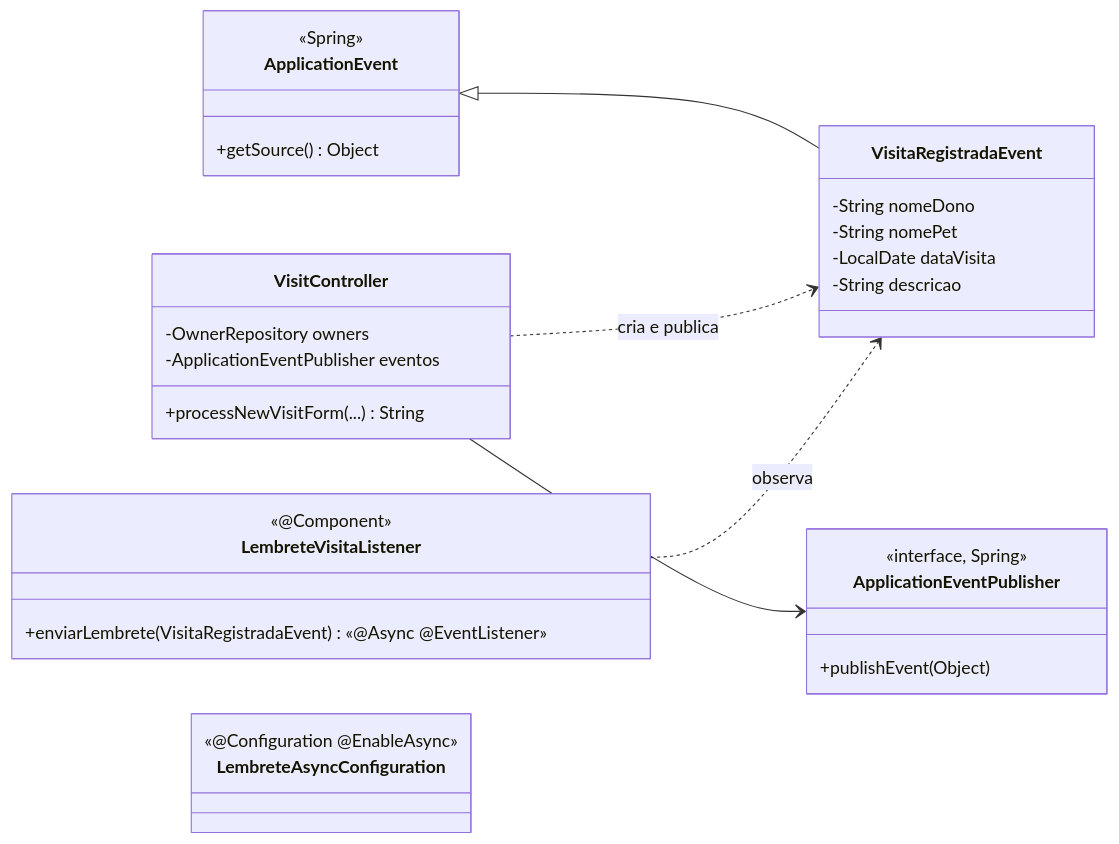
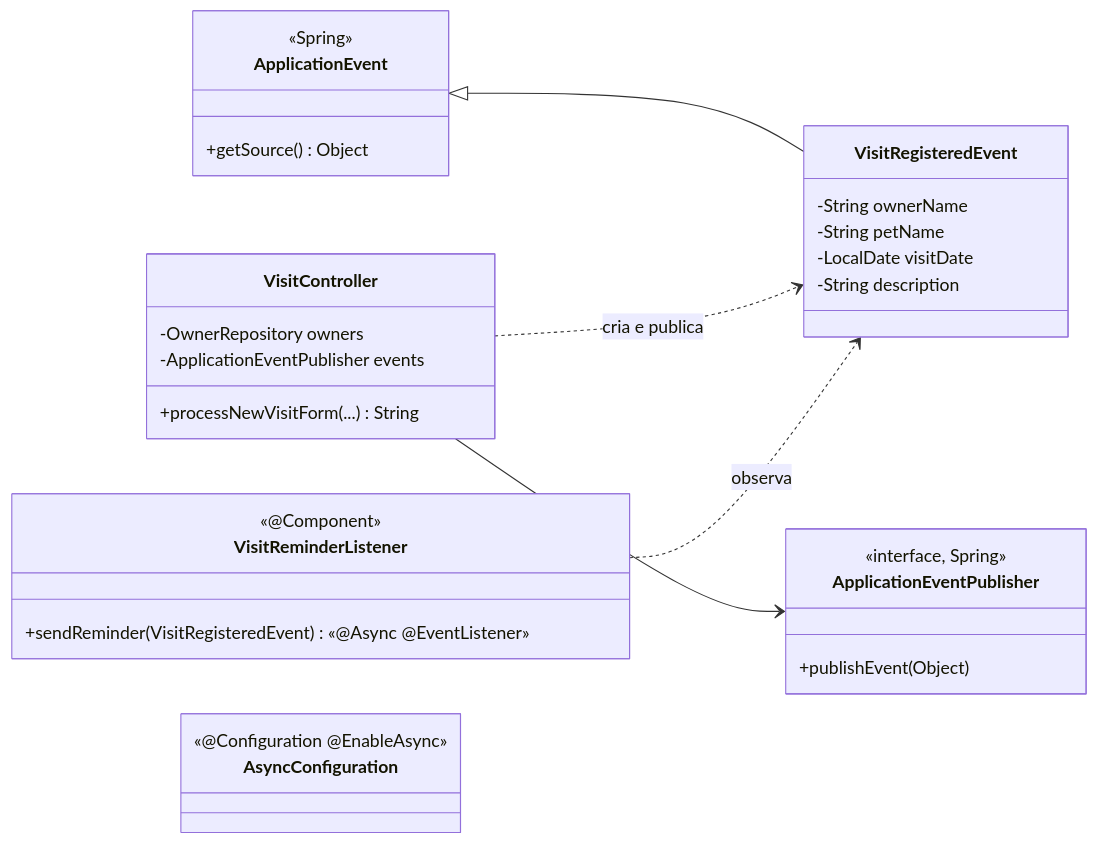
The fifth of 8 diagrams in ESTUDO-DE-CASO.md (GabrielKayran/spring-petclinic), drawn with Mermaid before and after one commit. The commit also changed other lines of this file and 115 other files, not shown here.

````diff
--- a/ESTUDO-DE-CASO.md
+++ b/ESTUDO-DE-CASO.md
@@ -254,34 +254,34 @@
 ```mermaid
 classDiagram
     direction LR
     class ApplicationEvent {
         <<Spring>>
         +getSource() Object
     }
     class ApplicationEventPublisher {
         <<interface, Spring>>
         +publishEvent(Object)
     }
-    class VisitaRegistradaEvent {
-        -String nomeDono
-        -String nomePet
-        -LocalDate dataVisita
-        -String descricao
+    class VisitRegisteredEvent {
+        -String ownerName
+        -String petName
+        -LocalDate visitDate
+        -String description
     }
     class VisitController {
         -OwnerRepository owners
-        -ApplicationEventPublisher eventos
+        -ApplicationEventPublisher events
         +processNewVisitForm(...) String
     }
-    class LembreteVisitaListener {
+    class VisitReminderListener {
         <<@Component>>
-        +enviarLembrete(VisitaRegistradaEvent) «@Async @EventListener»
+        +sendReminder(VisitRegisteredEvent) «@Async @EventListener»
     }
-    class LembreteAsyncConfiguration {
+    class AsyncConfiguration {
         <<@Configuration @EnableAsync>>
     }
-    ApplicationEvent <|-- VisitaRegistradaEvent
+    ApplicationEvent <|-- VisitRegisteredEvent
     VisitController --> ApplicationEventPublisher
-    VisitController ..> VisitaRegistradaEvent : cria e publica
-    LembreteVisitaListener ..> VisitaRegistradaEvent : observa
+    VisitController ..> VisitRegisteredEvent : cria e publica
+    VisitReminderListener ..> VisitRegisteredEvent : observa
 ```
````
